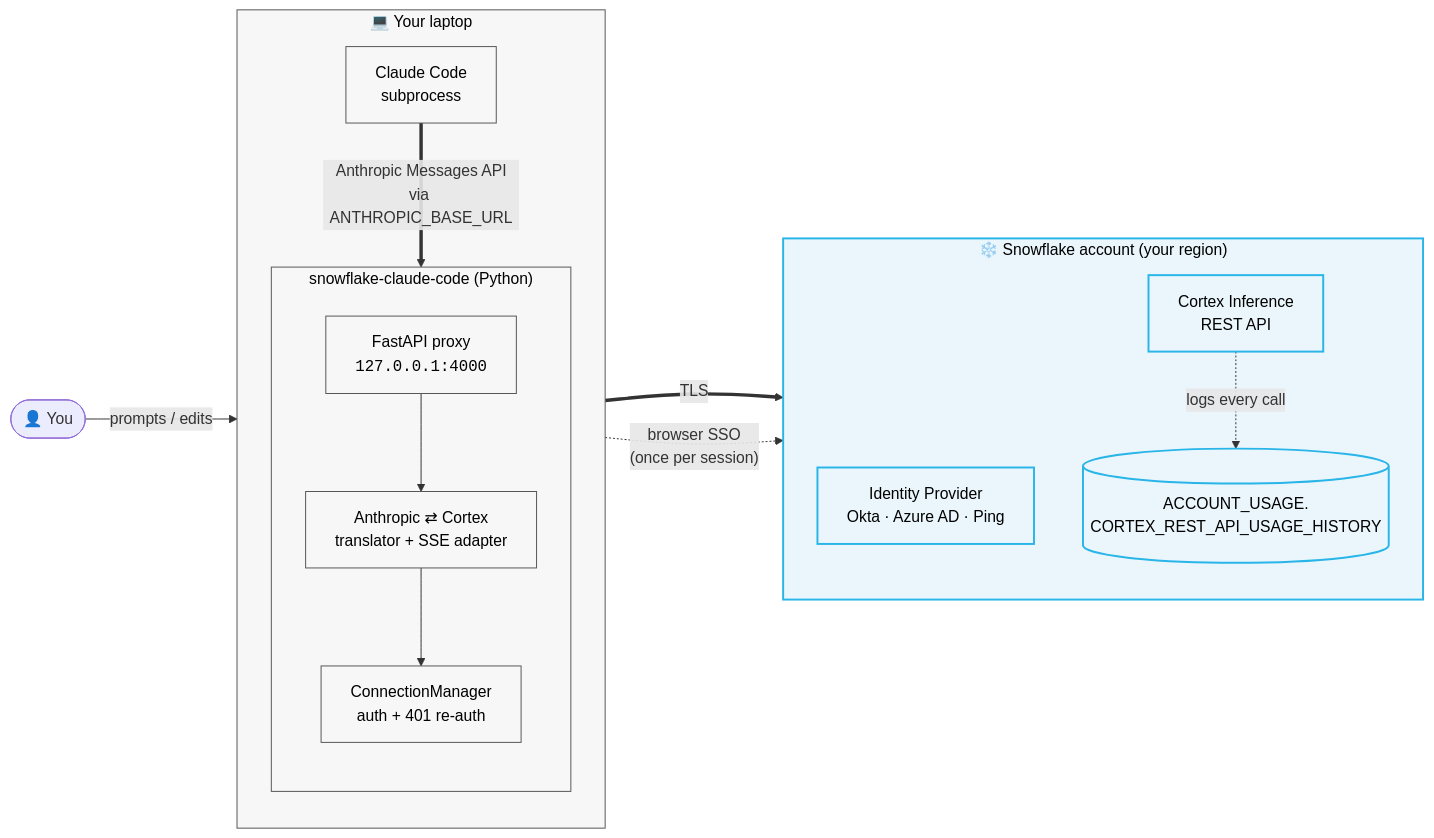
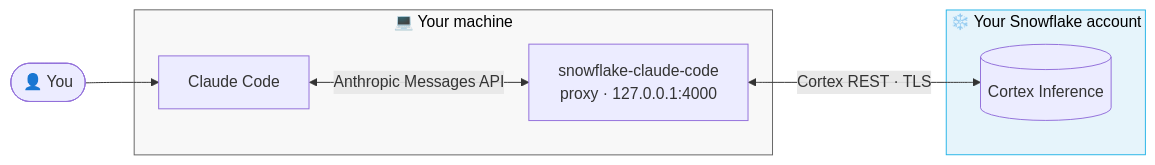
Before and after one commit to dylan-murray/snowflake-claude-code: the diagram in README.md, drawn with Mermaid. The commit also changed other lines of this file, not shown here.

Commit message:
docs: simplify the architecture diagram
Previous version was cluttered — 7 nodes, mixed line styles (thick,
thin, dashed), nested subgraphs, and side-channels for SSO and audit
logs competing with the main data path.

New version: 4 nodes, one flow direction, single line style, two
colored subgraphs showing the laptop / Snowflake boundary. The prose
underneath covers auth/re-auth details the diagram used to inline.

````diff
--- a/README.md
+++ b/README.md
@@ -110,34 +110,20 @@
 ```mermaid
 flowchart LR
-    User(["👤 You"])
+    You([👤 You])
 
-    subgraph laptop["💻 Your laptop"]
-        direction TB
-        CC["Claude Code<br/>subprocess"]
-        subgraph SCC["snowflake-claude-code (Python)"]
-            direction TB
-            PROXY["FastAPI proxy<br/><code>127.0.0.1:4000</code>"]
-            TRANS["Anthropic ⇄ Cortex<br/>translator + SSE adapter"]
-            MGR["ConnectionManager<br/>auth + 401 re-auth"]
-        end
+    subgraph laptop["💻 Your machine"]
+        CC[Claude Code]
+        Proxy["snowflake-claude-code<br/>proxy · 127.0.0.1:4000"]
     end
 
-    subgraph Snow["❄️ Snowflake account (your region)"]
-        direction TB
-        IDP["Identity Provider<br/>Okta · Azure AD · Ping"]
-        CORTEX["Cortex Inference<br/>REST API"]
-        AUDIT[("ACCOUNT_USAGE.<br/>CORTEX_REST_API_USAGE_HISTORY")]
+    subgraph sf["❄️ Your Snowflake account"]
+        Cortex[("Cortex Inference")]
     end
 
-    User -- prompts / edits --> CC
-    CC == "Anthropic Messages API<br/>via ANTHROPIC_BASE_URL" ==> PROXY
-    PROXY --> TRANS --> MGR
-    MGR == TLS ==> CORTEX
-    CORTEX -. logs every call .-> AUDIT
-    MGR -. browser SSO<br/>(once per session) .-> IDP
+    You --> CC
+    CC <-->|"Anthropic Messages API"| Proxy
+    Proxy <-->|"Cortex REST · TLS"| Cortex
 
-    classDef external stroke:#29B5E8,stroke-width:2px,fill:#eaf6fc,color:#000
-    classDef local stroke:#555,stroke-width:1px,fill:#f7f7f7,color:#000
-    class Snow,CORTEX,IDP,AUDIT external
-    class laptop,SCC,CC,PROXY,TRANS,MGR local
+    style laptop fill:#f8f8f8,stroke:#666,color:#000
+    style sf fill:#e6f4fb,stroke:#29b5e8,color:#000
 ```
````
